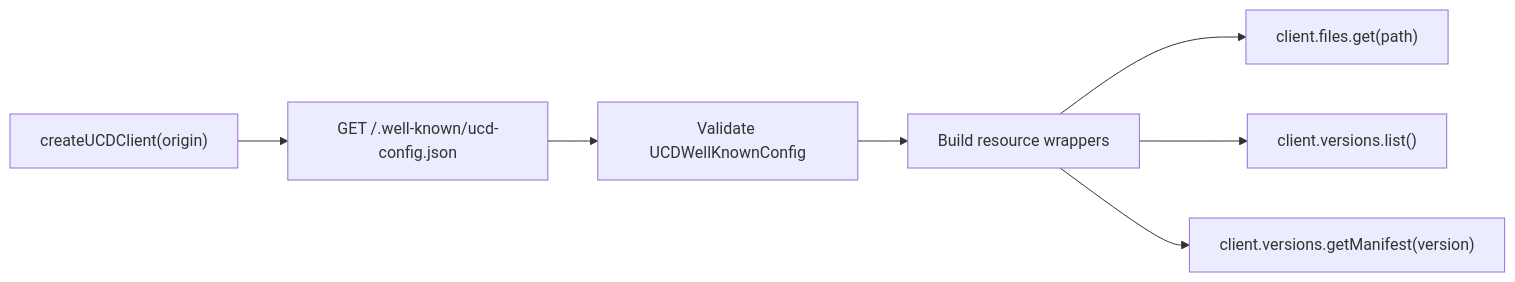
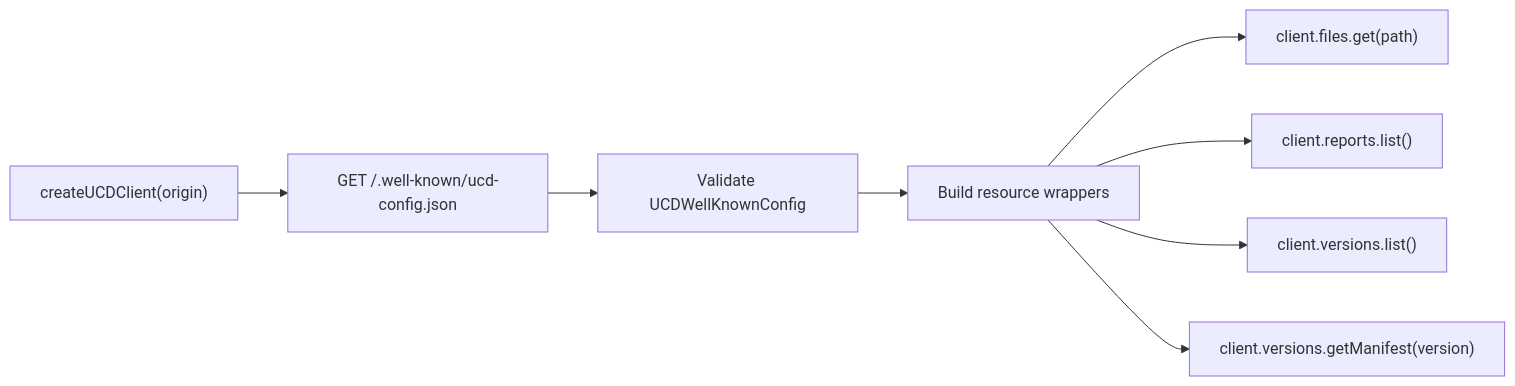
One commit to ucdjs/ucd changed the third of 3 diagrams in apps/docs/content/architecture/data-flow.mdx. Above: the diagram before and after it, drawn with Mermaid. The commit also changed other lines of this file and 6 other files, not shown here.

Commit message:
feat(api): publish reports discovery and schemas

````diff
--- a/apps/docs/content/architecture/data-flow.mdx
+++ b/apps/docs/content/architecture/data-flow.mdx
@@ -99,9 +100,10 @@
 ```mermaid
 flowchart LR
   A["createUCDClient(origin)"] --> B["GET /.well-known/ucd-config.json"]
   B --> C["Validate UCDWellKnownConfig"]
   C --> D["Build resource wrappers"]
   D --> E["client.files.get(path)"]
-  D --> F["client.versions.list()"]
-  D --> G["client.versions.getManifest(version)"]
+  D --> F["client.reports.list()"]
+  D --> G["client.versions.list()"]
+  D --> H["client.versions.getManifest(version)"]
 ```
````
